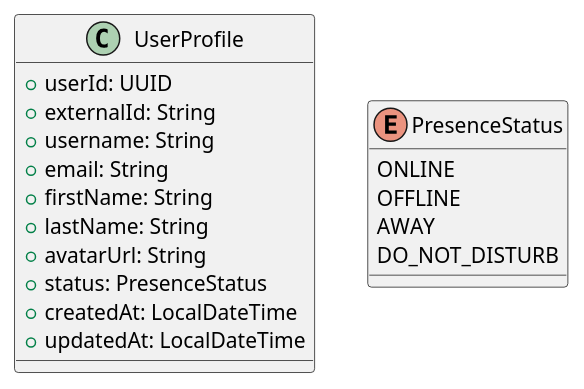
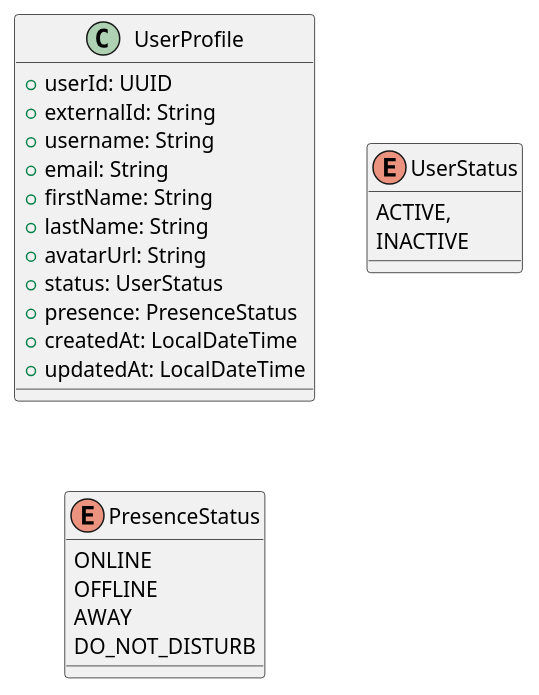
One commit to dmordvinov/otus-system-design-homework changed the first of 6 diagrams in messaging_model.asciidoc. Above: the diagram before and after it, drawn with PlantUML. The commit also changed 14 other files, not shown here.

```diff
--- a/messaging_model.asciidoc
+++ b/messaging_model.asciidoc
@@ -11,24 +11,28 @@
 [source,plantuml]
 ----
 @startuml
 class UserProfile {
     +userId: UUID
     +externalId: String
     +username: String
     +email: String
     +firstName: String
     +lastName: String
     +avatarUrl: String
-    +status: PresenceStatus
+    +status: UserStatus
+    +presence: PresenceStatus
     +createdAt: LocalDateTime
     +updatedAt: LocalDateTime
 }
-
+enum UserStatus {
+    ACTIVE,
+    INACTIVE
+}
 enum PresenceStatus {
     ONLINE
     OFFLINE
     AWAY
     DO_NOT_DISTURB
 }
 @enduml
 ----
```
